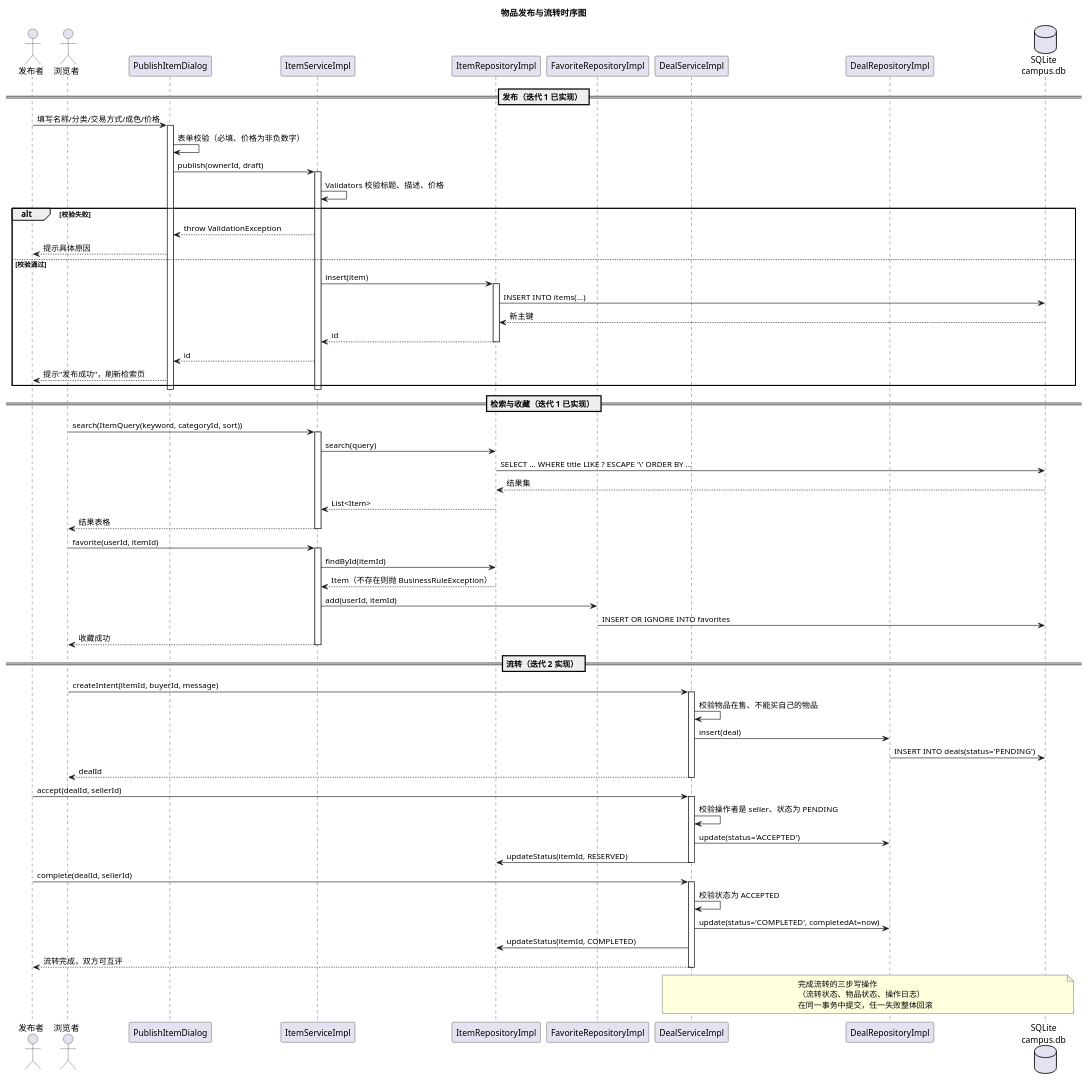
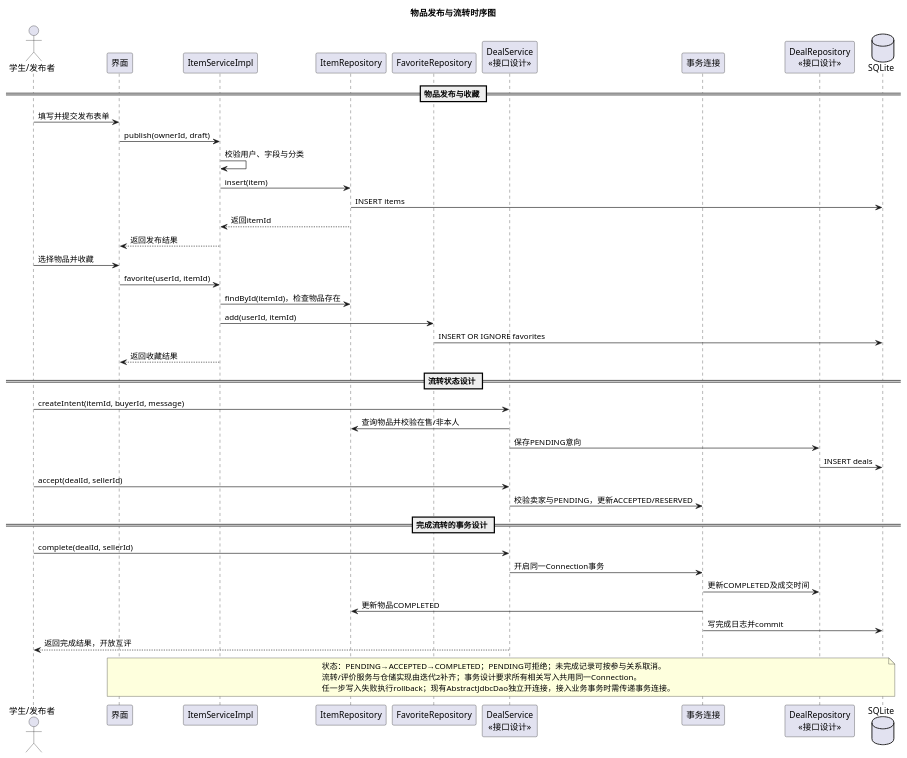
The diagram in docs/设计/UML/时序图-物品流转.puml (lvfuxing91-collab/campus-loop), drawn with PlantUML before and after one commit. The commit also changed 13 other files, not shown here.

```diff
--- a/docs/设计/UML/时序图-物品流转.puml
+++ b/docs/设计/UML/时序图-物品流转.puml
@@ -1,87 +1,48 @@
-@startuml 时序图-物品流转
+@startuml
+skinparam defaultFontName "Microsoft YaHei"
 skinparam shadowing false
+skinparam classAttributeIconSize 0
 title 物品发布与流转时序图
-
-actor 发布者 as Seller
-actor 浏览者 as Buyer
-participant "PublishItemDialog" as Dlg
-participant "ItemServiceImpl" as ItemSvc
-participant "ItemRepositoryImpl" as ItemRepo
-participant "FavoriteRepositoryImpl" as FavRepo
-participant "DealServiceImpl" as DealSvc
-participant "DealRepositoryImpl" as DealRepo
-database "SQLite\ncampus.db" as DB
-
-== 发布（迭代 1 已实现） ==
-Seller -> Dlg : 填写名称/分类/交易方式/成色/价格
-activate Dlg
-Dlg -> Dlg : 表单校验（必填、价格为非负数字）
-Dlg -> ItemSvc : publish(ownerId, draft)
-activate ItemSvc
-ItemSvc -> ItemSvc : Validators 校验标题、描述、价格
-alt 校验失败
-    ItemSvc --> Dlg : throw ValidationException
-    Dlg --> Seller : 提示具体原因
-else 校验通过
-    ItemSvc -> ItemRepo : insert(item)
-    activate ItemRepo
-    ItemRepo -> DB : INSERT INTO items(...)
-    DB --> ItemRepo : 新主键
-    ItemRepo --> ItemSvc : id
-    deactivate ItemRepo
-    ItemSvc --> Dlg : id
-    Dlg --> Seller : 提示"发布成功"，刷新检索页
-end
-deactivate ItemSvc
-deactivate Dlg
-
-== 检索与收藏（迭代 1 已实现） ==
-Buyer -> ItemSvc : search(ItemQuery(keyword, categoryId, sort))
-activate ItemSvc
-ItemSvc -> ItemRepo : search(query)
-ItemRepo -> DB : SELECT ... WHERE title LIKE ? ESCAPE '\\' ORDER BY ...
-DB --> ItemRepo : 结果集
-ItemRepo --> ItemSvc : List<Item>
-ItemSvc --> Buyer : 结果表格
-deactivate ItemSvc
-
-Buyer -> ItemSvc : favorite(userId, itemId)
-activate ItemSvc
-ItemSvc -> ItemRepo : findById(itemId)
-ItemRepo --> ItemSvc : Item（不存在则抛 BusinessRuleException）
-ItemSvc -> FavRepo : add(userId, itemId)
-FavRepo -> DB : INSERT OR IGNORE INTO favorites
-ItemSvc --> Buyer : 收藏成功
-deactivate ItemSvc
-
-== 流转（迭代 2 实现） ==
-Buyer -> DealSvc : createIntent(itemId, buyerId, message)
-activate DealSvc
-DealSvc -> DealSvc : 校验物品在售、不能买自己的物品
-DealSvc -> DealRepo : insert(deal)
-DealRepo -> DB : INSERT INTO deals(status='PENDING')
-DealSvc --> Buyer : dealId
-deactivate DealSvc
-
-Seller -> DealSvc : accept(dealId, sellerId)
-activate DealSvc
-DealSvc -> DealSvc : 校验操作者是 seller、状态为 PENDING
-DealSvc -> DealRepo : update(status='ACCEPTED')
-DealSvc -> ItemRepo : updateStatus(itemId, RESERVED)
-deactivate DealSvc
-
-Seller -> DealSvc : complete(dealId, sellerId)
-activate DealSvc
-DealSvc -> DealSvc : 校验状态为 ACCEPTED
-DealSvc -> DealRepo : update(status='COMPLETED', completedAt=now)
-DealSvc -> ItemRepo : updateStatus(itemId, COMPLETED)
-DealSvc --> Seller : 流转完成，双方可互评
-deactivate DealSvc
-
-note over DealSvc, DB
-  完成流转的三步写操作
-  （流转状态、物品状态、操作日志）
-  在同一事务中提交，任一失败整体回滚
+actor "学生/发布者" as U
+participant "界面" as UI
+participant "ItemServiceImpl" as I
+participant "ItemRepository" as IR
+participant "FavoriteRepository" as F
+participant "DealService\n<<接口设计>>" as D
+participant "事务连接" as TX
+participant "DealRepository\n<<接口设计>>" as DR
+database "SQLite" as DB
+== 物品发布与收藏 ==
+U -> UI : 填写并提交发布表单
+UI -> I : publish(ownerId, draft)
+I -> I : 校验用户、字段与分类
+I -> IR : insert(item)
+IR -> DB : INSERT items
+IR --> I : 返回itemId
+I --> UI : 返回发布结果
+U -> UI : 选择物品并收藏
+UI -> I : favorite(userId, itemId)
+I -> IR : findById(itemId)，检查物品存在
+I -> F : add(userId, itemId)
+F -> DB : INSERT OR IGNORE favorites
+I --> UI : 返回收藏结果
+== 流转状态设计 ==
+U -> D : createIntent(itemId, buyerId, message)
+D -> IR : 查询物品并校验在售/非本人
+D -> DR : 保存PENDING意向
+DR -> DB : INSERT deals
+U -> D : accept(dealId, sellerId)
+D -> TX : 校验卖家与PENDING，更新ACCEPTED/RESERVED
+== 完成流转的事务设计 ==
+U -> D : complete(dealId, sellerId)
+D -> TX : 开启同一Connection事务
+TX -> DR : 更新COMPLETED及成交时间
+TX -> IR : 更新物品COMPLETED
+TX -> DB : 写完成日志并commit
+D --> U : 返回完成结果，开放互评
+note over UI,DB
+状态：PENDING→ACCEPTED→COMPLETED；PENDING可拒绝；未完成记录可按参与关系取消。
+流转/评价服务与仓储实现由迭代2补齐；事务设计要求所有相关写入共用同一Connection。
+任一步写入失败执行rollback；现有AbstractJdbcDao独立开连接，接入业务事务时需传递事务连接。
 end note
-
 @enduml
```
